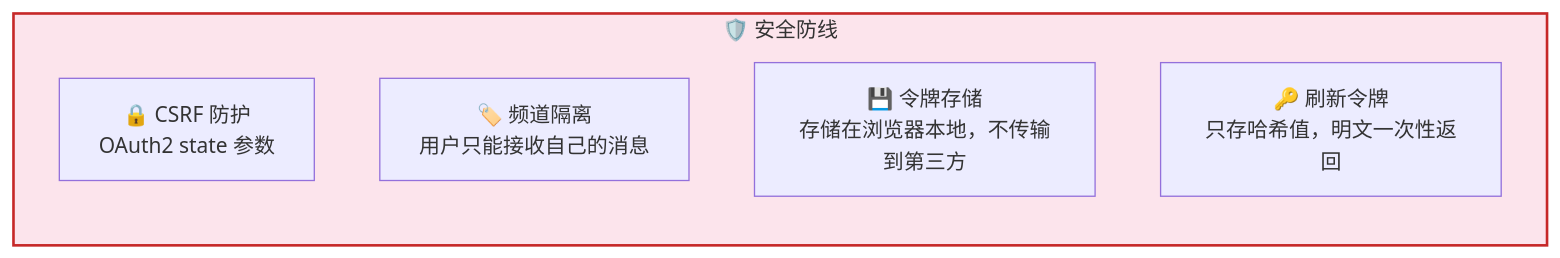
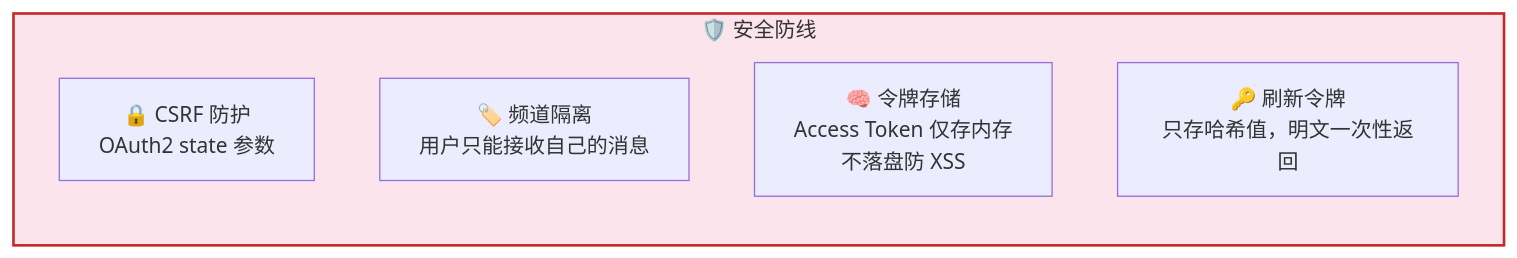
Before and after one commit to rtc-agent/docs: the eighth of 9 diagrams in src/content/docs/integration/auth.md, drawn with Mermaid. The commit also changed other lines of this file and 12 other files, not shown here.

````diff
--- a/src/content/docs/integration/auth.md
+++ b/src/content/docs/integration/auth.md
@@ -214,12 +214,12 @@
 ```mermaid
 flowchart TD
     subgraph SECURITY["🛡️ 安全防线"]
         direction TB
         A["🔒 CSRF 防护<br/>OAuth2 state 参数"]
         B["🏷️ 频道隔离<br/>用户只能接收自己的消息"]
-        C["💾 令牌存储<br/>存储在浏览器本地，不传输到第三方"]
+        C["🧠 令牌存储<br/>Access Token 仅存内存<br/>不落盘防 XSS"]
         D["🔑 刷新令牌<br/>只存哈希值，明文一次性返回"]
     end
 
     style SECURITY fill:#fce4ec,stroke:#c62828,stroke-width:2px
 ```
````
